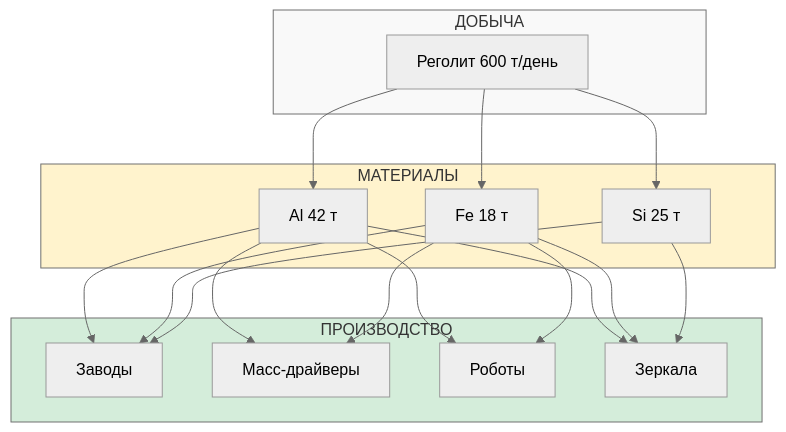
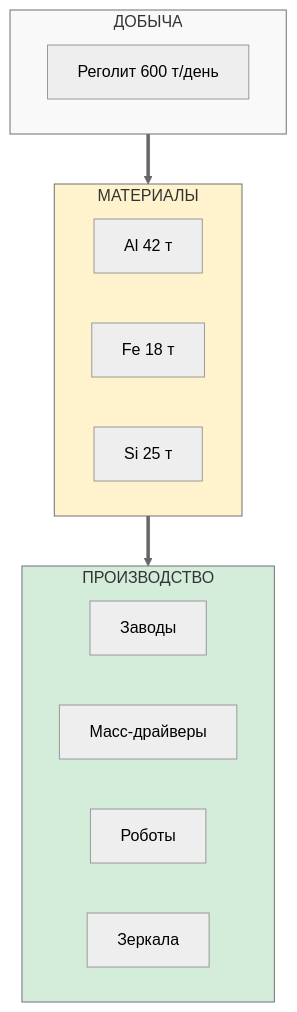
Before and after one commit to DmitryNasikanov/infinite-energy: the first of 2 diagrams in ru/science/detailed/production/overview.qmd, drawn with Mermaid (neutral theme). The commit also changed other lines of this file and 71 other files, not shown here.

````diff
--- a/ru/science/detailed/production/overview.qmd
+++ b/ru/science/detailed/production/overview.qmd
@@ -96,40 +96,25 @@
 ```{mermaid}
 flowchart TD
     subgraph ДОБЫЧА["ДОБЫЧА"]
         REG["Реголит 600 т/день"]
     end
 
-    subgraph MATERIALS["МАТЕРИАЛЫ"]
+    subgraph МАТЕРИАЛЫ["МАТЕРИАЛЫ"]
         AL["Al 42 т"]
         FE["Fe 18 т"]
         SI["Si 25 т"]
     end
 
-    subgraph PRODUCTION["ПРОИЗВОДСТВО"]
+    subgraph ПРОИЗВОДСТВО["ПРОИЗВОДСТВО"]
         FAC["Заводы"]
         RG["Масс-драйверы"]
         ROB["Роботы"]
         MIR["Зеркала"]
     end
 
-    REG --> AL
-    REG --> FE
-    REG --> SI
-
-    AL --> FAC
-    AL --> RG
-    AL --> ROB
-    AL --> MIR
-
-    FE --> FAC
-    FE --> RG
-    FE --> ROB
-    FE --> MIR
-
-    SI --> FAC
-    SI --> MIR
+    ДОБЫЧА ==> МАТЕРИАЛЫ ==> ПРОИЗВОДСТВО
 
     style ДОБЫЧА fill:#f9f9f9
-    style MATERIALS fill:#fff3cd
-    style PRODUCTION fill:#d4edda
+    style МАТЕРИАЛЫ fill:#fff3cd
+    style ПРОИЗВОДСТВО fill:#d4edda
 ```
````
